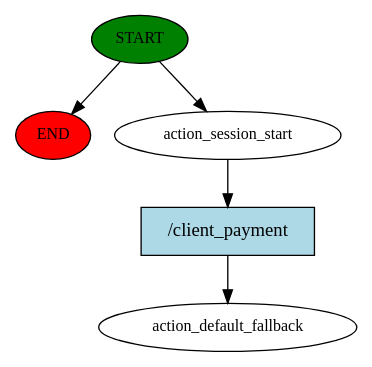
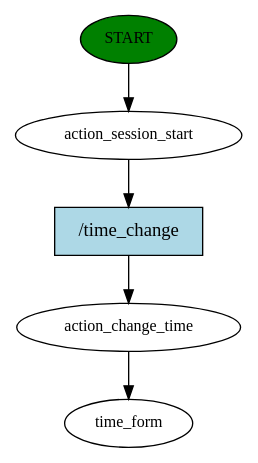
One commit to ericsua/PizzaBot changed the diagram in story_graph.dot. Above: the diagram before and after it, drawn with Graphviz. The commit also changed 9 other files, not shown here.

```diff
--- a/story_graph.dot
+++ b/story_graph.dot
@@ -1,11 +1,11 @@
 digraph  {
 0 [class="start active", fillcolor=green, fontsize=12, label=START, style=filled];
-"-1" [class=end, fillcolor=red, fontsize=12, label=END, style=filled];
 1 [class=active, fontsize=12, label=action_session_start];
-2 [class="dashed active", fontsize=12, label=action_default_fallback];
-3 [class="intent active", fillcolor=lightblue, label="/client_payment", shape=rect, style=filled];
-0 -> "-1"  [class="", key=NONE, label=""];
+2 [class=active, fontsize=12, label=action_change_time];
+3 [class="dashed active", fontsize=12, label=time_form];
+4 [class="intent active", fillcolor=lightblue, label="/time_change", shape=rect, style=filled];
 0 -> 1  [class=active, key=NONE, label=""];
-1 -> 3  [class=active, key=0];
-3 -> 2  [class=active, key=0];
+1 -> 4  [class=active, key=0];
+2 -> 3  [class=active, key=NONE, label=""];
+4 -> 2  [class=active, key=0];
 }
```
